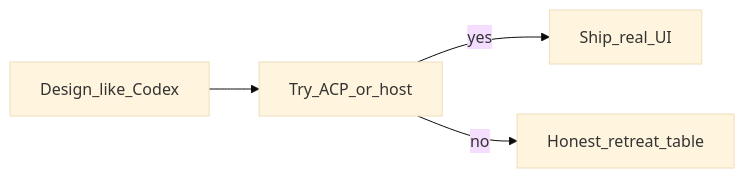
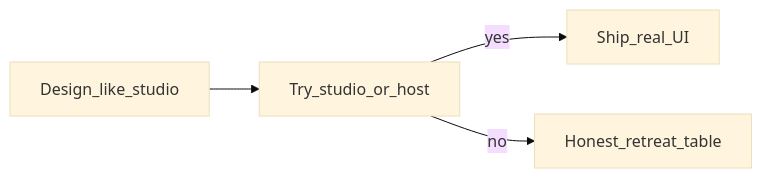
One commit to PAKIKNOWLEDGE/T3rra-C0d3-Talos changed the diagram in docs/plan.md. Above: the diagram before and after it, drawn with Mermaid (base theme). The commit also changed other lines of this file and 66 other files, not shown here.

````diff
--- a/docs/plan.md
+++ b/docs/plan.md
@@ -28,10 +30,10 @@
 ```mermaid
 flowchart LR
-  design[Design_like_Codex]
-  wire[Try_ACP_or_host]
+  design[Design_like_studio]
+  wire[Try_studio_or_host]
   ship[Ship_real_UI]
   retreat[Honest_retreat_table]
   design --> wire
   wire -->|yes| ship
   wire -->|no| retreat
 ```
````
